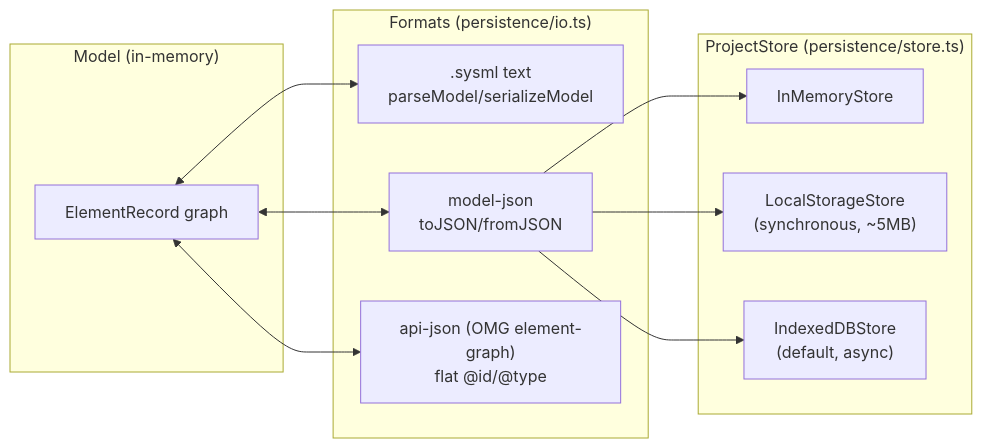
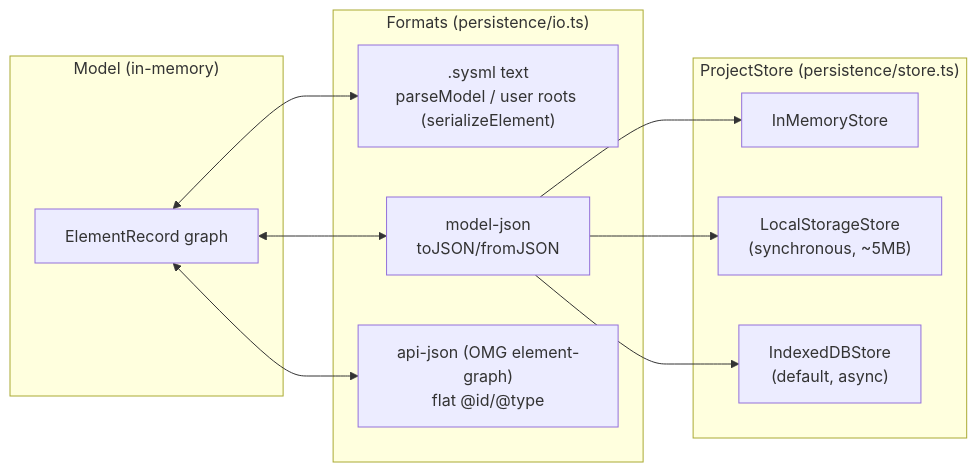
The fifth of 7 diagrams in docs/architecture/05-data-flow.md (cosmindxu/sysprose), drawn with Mermaid before and after one commit. The commit also changed other lines of this file and 30 other files, not shown here.

````diff
--- a/docs/architecture/05-data-flow.md
+++ b/docs/architecture/05-data-flow.md
@@ -181,26 +181,26 @@
 ```mermaid
 flowchart LR
     subgraph Model["Model (in-memory)"]
         el["ElementRecord graph"]
     end
 
     subgraph Formats["Formats (persistence/io.ts)"]
-        sysml[".sysml text\nparseModel/serializeModel"]
+        sysml[".sysml text\nparseModel / user roots (serializeElement)"]
         mjson["model-json\ntoJSON/fromJSON"]
         ajson["api-json (OMG element-graph)\nflat @id/@type"]
     end
 
     subgraph Backends["ProjectStore (persistence/store.ts)"]
         mem["InMemoryStore"]
         ls["LocalStorageStore\n(synchronous, ~5MB)"]
         idb["IndexedDBStore\n(default, async)"]
     end
 
     el <--> sysml
     el <--> mjson
     el <--> ajson
 
     mjson --> mem
     mjson --> ls
     mjson --> idb
 ```
````
